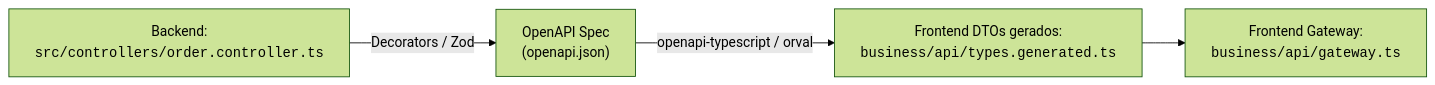
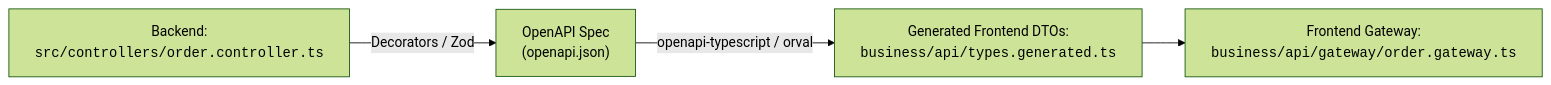
One commit to castrintt/architecture-spec changed the diagram in guidelines/contracts.md. Above: the diagram before and after it, drawn with Mermaid (forest theme). The commit also changed other lines of this file and 74 other files, not shown here.

````diff
--- a/guidelines/contracts.md
+++ b/guidelines/contracts.md
@@ -19,6 +18,6 @@
 ```mermaid
 flowchart LR
     A["Backend:<br/><code>src/controllers/order.controller.ts</code>"] -->|Decorators / Zod| B["OpenAPI Spec<br/>(openapi.json)"]
-    B -->|openapi-typescript / orval| C["Frontend DTOs gerados:<br/><code>business/api/types.generated.ts</code>"]
-    C --> D["Frontend Gateway:<br/><code>business/api/gateway.ts</code>"]
+    B -->|openapi-typescript / orval| C["Generated Frontend DTOs:<br/><code>business/api/types.generated.ts</code>"]
+    C --> D["Frontend Gateway:<br/><code>business/api/gateway/order.gateway.ts</code>"]
 ```
````
